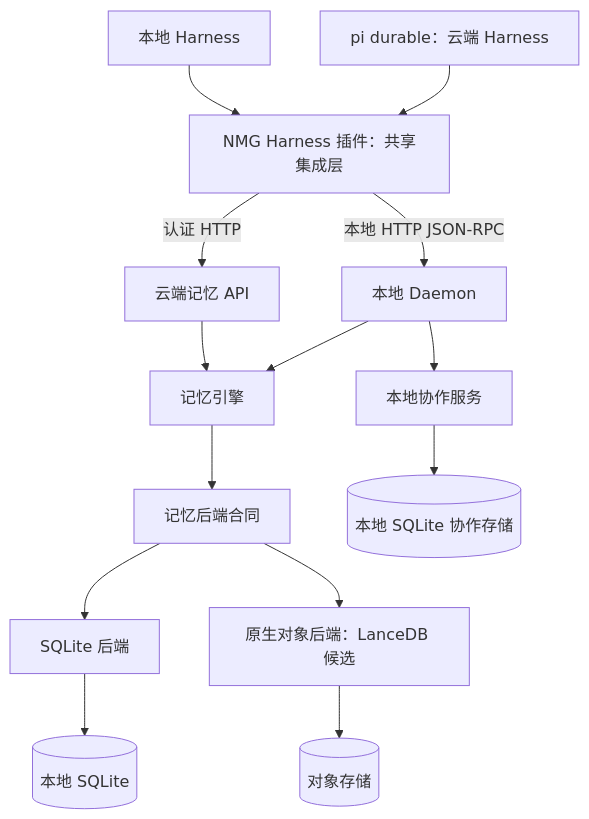
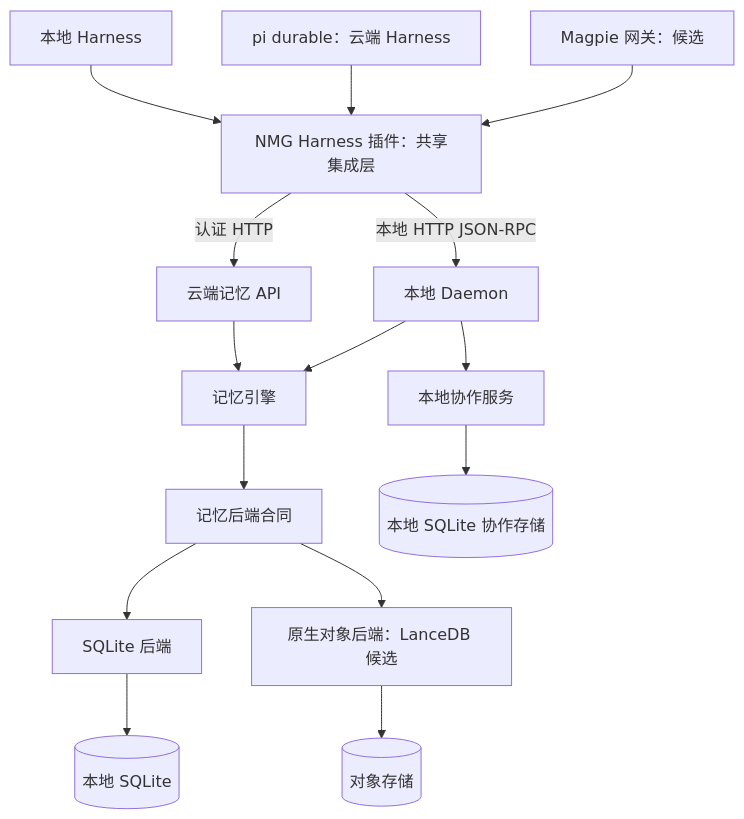
Before and after one commit to wefio/NodeMemoryGraph: the diagram in docs/design/unified-architecture.zh-CN.md, drawn with Mermaid. The commit also changed other lines of this file and 8 other files, not shown here.

First line of the commit message:
docs(architecture): add Magpie gateway integration candidate

````diff
--- a/docs/design/unified-architecture.zh-CN.md
+++ b/docs/design/unified-architecture.zh-CN.md
@@ -18,16 +18,17 @@
 ```mermaid
 flowchart TB
   Host[本地 Harness] --> Integration[NMG Harness 插件：共享集成层]
   Durable[pi durable：云端 Harness] --> Integration
+  Gateway[Magpie 网关：候选] --> Integration
   Integration -->|本地 HTTP JSON-RPC| Daemon[本地 Daemon]
   Integration -->|认证 HTTP| Cloud[云端记忆 API]
   Cloud[云端记忆 API] --> Engine[记忆引擎]
   Daemon --> Engine
   Engine --> Port[记忆后端合同]
   Port --> SQL[SQLite 后端]
   Port --> Native[原生对象后端：LanceDB 候选]
   SQL --> LocalDB[(本地 SQLite)]
   Native --> Objects[(对象存储)]
   Daemon --> Coordination[本地协作服务]
   Coordination --> CoordDB[(本地 SQLite 协作存储)]
 ```
````
